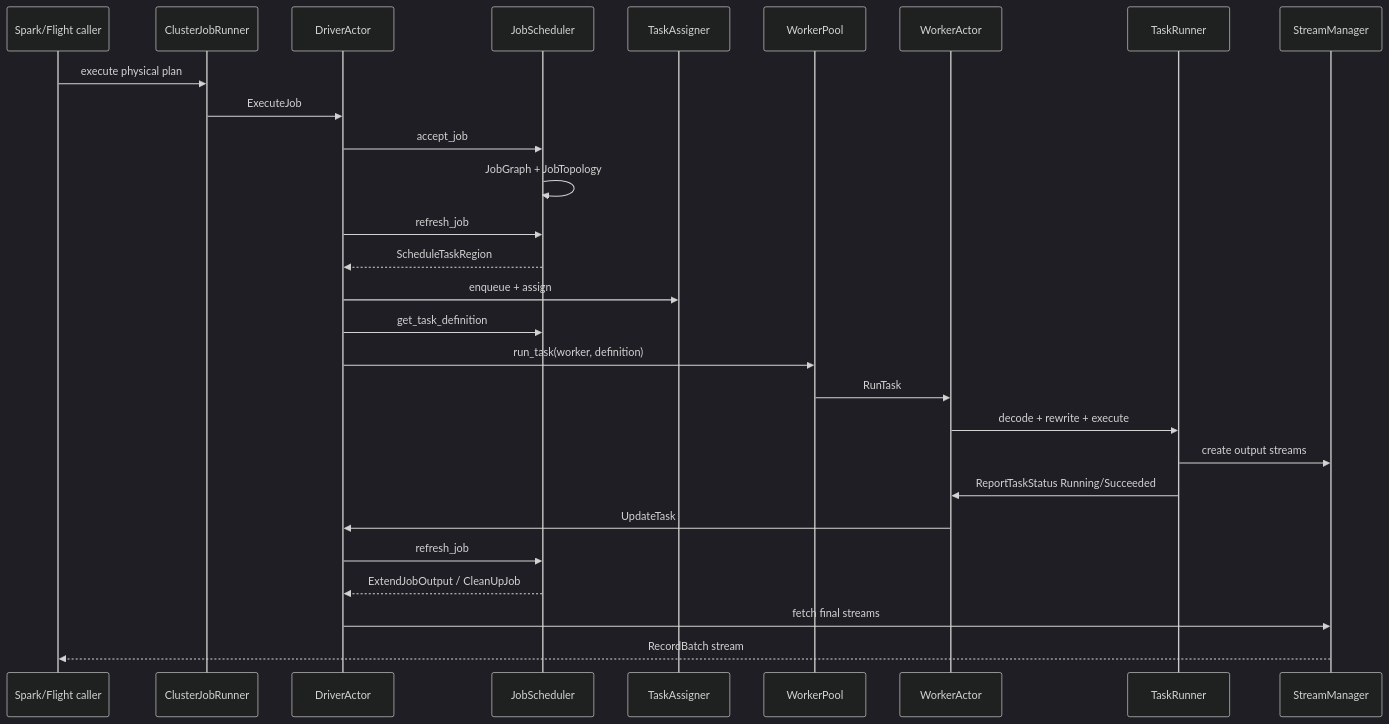
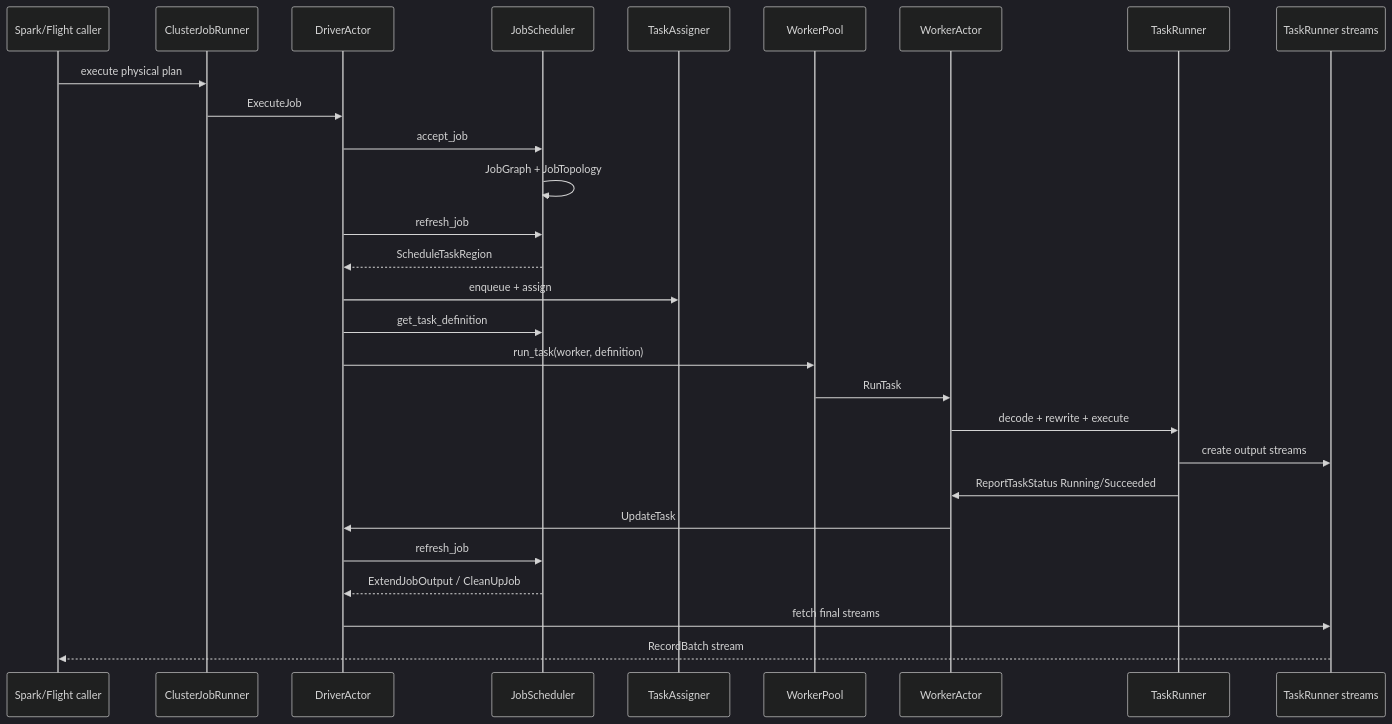
One commit to firstpair/sail-rust-book changed the fifth of 5 diagrams in sail-rust-book/sources/08-drivers-workers-tasks-and-streams.md. Above: the diagram before and after it, drawn with Mermaid (dark theme). The commit also changed other lines of this file and 27 other files, not shown here.

````diff
--- a/sail-rust-book/sources/08-drivers-workers-tasks-and-streams.md
+++ b/sail-rust-book/sources/08-drivers-workers-tasks-and-streams.md
@@ -1014,31 +843,31 @@
 ```mermaid
 sequenceDiagram
     participant Client as Spark/Flight caller
     participant Runner as ClusterJobRunner
     participant Driver as DriverActor
     participant Scheduler as JobScheduler
     participant Assigner as TaskAssigner
     participant Pool as WorkerPool
     participant Worker as WorkerActor
     participant Task as TaskRunner
-    participant Streams as StreamManager
+    participant Streams as TaskRunner streams
 
     Client->>Runner: execute physical plan
     Runner->>Driver: ExecuteJob
     Driver->>Scheduler: accept_job
     Scheduler->>Scheduler: JobGraph + JobTopology
     Driver->>Scheduler: refresh_job
     Scheduler-->>Driver: ScheduleTaskRegion
     Driver->>Assigner: enqueue + assign
     Driver->>Scheduler: get_task_definition
     Driver->>Pool: run_task(worker, definition)
     Pool->>Worker: RunTask
     Worker->>Task: decode + rewrite + execute
     Task->>Streams: create output streams
     Task->>Worker: ReportTaskStatus Running/Succeeded
     Worker->>Driver: UpdateTask
     Driver->>Scheduler: refresh_job
     Scheduler-->>Driver: ExtendJobOutput / CleanUpJob
     Driver->>Streams: fetch final streams
     Streams-->>Client: RecordBatch stream
 ```
````
